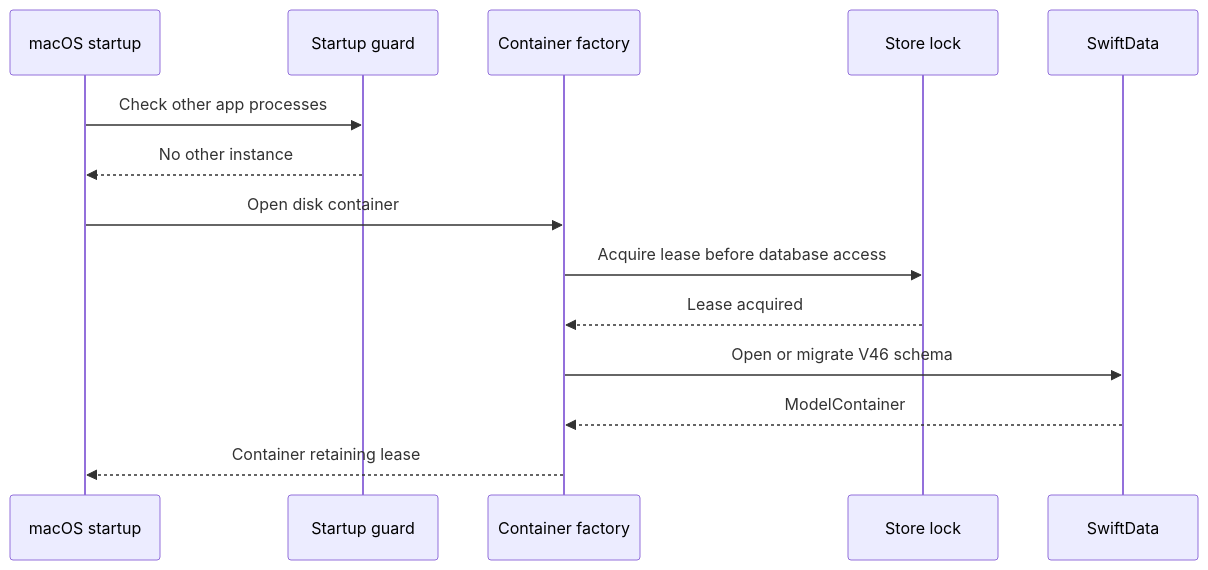
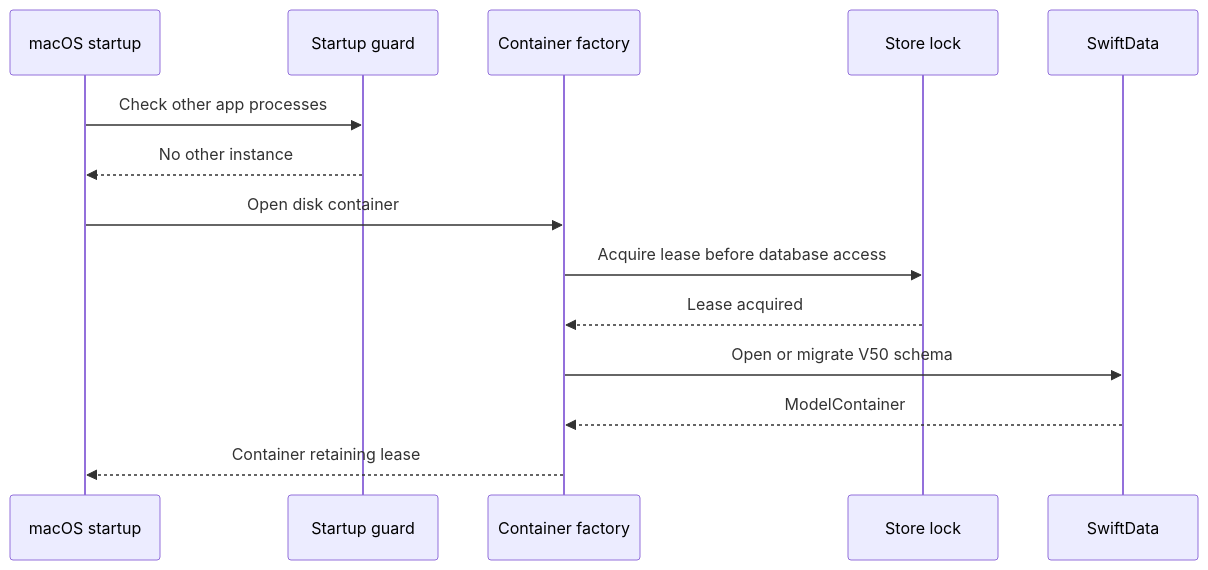
One commit to AkinoKaede/Termind changed the second of 4 diagrams in openwiki/testing/behavioral-boundaries-and-fixtures.md. Above: the diagram before and after it, drawn with Mermaid. The commit also changed other lines of this file and 70 other files, not shown here.

````diff
--- a/openwiki/testing/behavioral-boundaries-and-fixtures.md
+++ b/openwiki/testing/behavioral-boundaries-and-fixtures.md
@@ -185,16 +183,16 @@
 ```mermaid
 sequenceDiagram
     participant App as macOS startup
     participant Guard as Startup guard
     participant Factory as Container factory
     participant Lock as Store lock
     participant DB as SwiftData
     App->>Guard: Check other app processes
     Guard-->>App: No other instance
     App->>Factory: Open disk container
     Factory->>Lock: Acquire lease before database access
     Lock-->>Factory: Lease acquired
-    Factory->>DB: Open or migrate V46 schema
+    Factory->>DB: Open or migrate V50 schema
     DB-->>Factory: ModelContainer
     Factory-->>App: Container retaining lease
 ```
````
